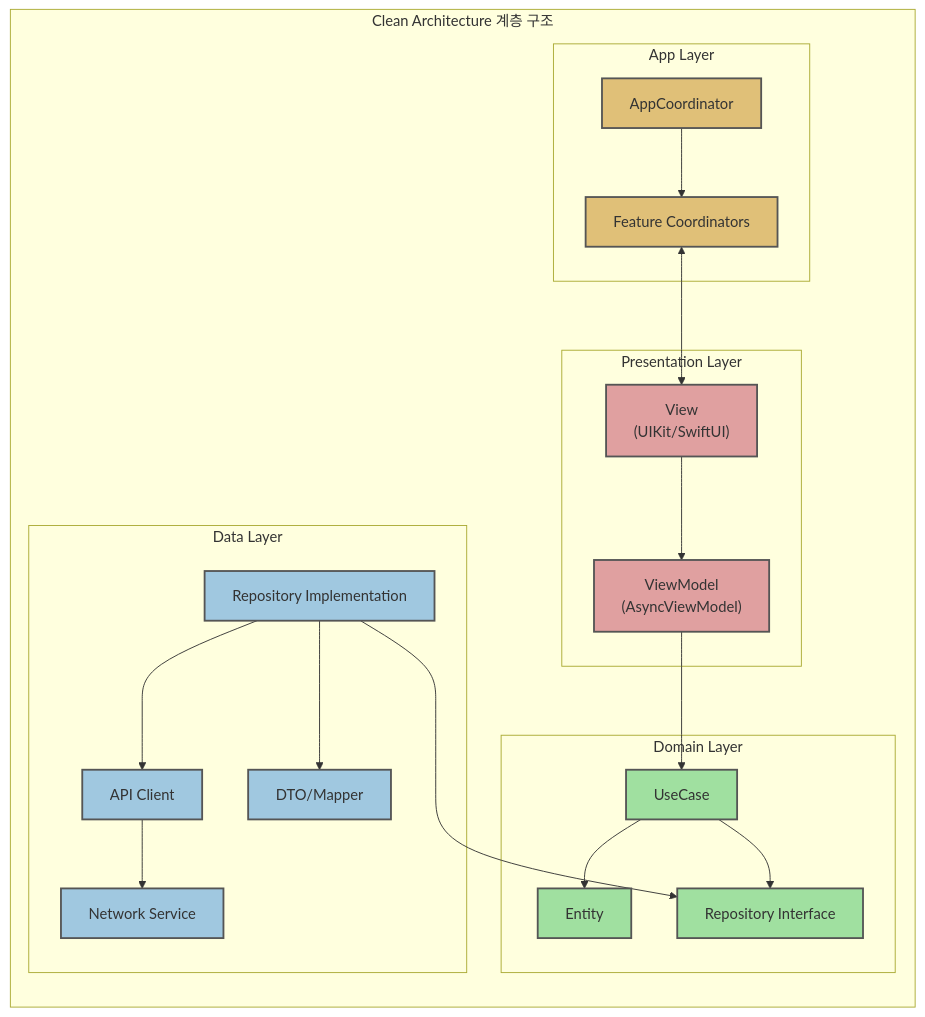
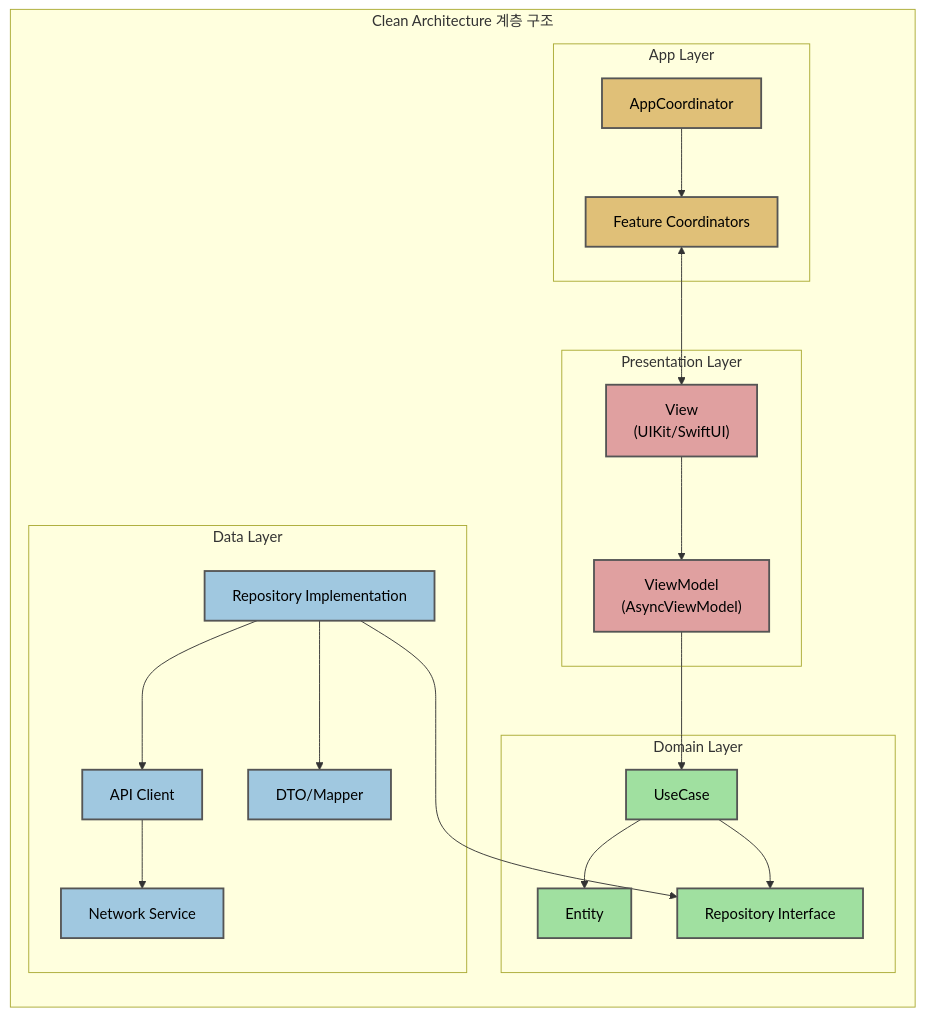
The second of 4 diagrams in README.md (Jimmy-Jung/TossBankClone), drawn with Mermaid before and after one commit. The commit also changed other lines of this file, not shown here.

````diff
--- a/README.md
+++ b/README.md
@@ -74,53 +74,53 @@
 ```mermaid
 flowchart LR
     subgraph "Clean Architecture 계층 구조"
         subgraph App["App Layer"]
             A1["AppCoordinator"]
             A2["Feature Coordinators"]
             
             A1 --> A2
         end
         
         subgraph Presentation["Presentation Layer"]
             P1["View<br>(UIKit/SwiftUI)"]
             P2["ViewModel<br>(AsyncViewModel)"]
             
             P1 --> P2
         end
         
         subgraph Domain["Domain Layer"]
             D1["UseCase"]
             D2["Entity"]
             D3["Repository Interface"]
             
             D1 --> D2
             D1 --> D3
         end
         
         subgraph Data["Data Layer"]
             DA1["Repository Implementation"]
             DA2["API Client"]
             DA3["DTO/Mapper"]
             
             DA1 --> DA2
             DA1 --> DA3
             DA2 --> NS["Network Service"]
         end
         
         %% 핵심 의존성 관계만 표시
         A2 <--> P1
         P2 --> D1
         DA1 --> D3
     end
     
     %% 스타일링
-    classDef app fill:#e0c078,stroke:#555,stroke-width:2px
-    classDef presentation fill:#e0a0a0,stroke:#555,stroke-width:2px
-    classDef domain fill:#a0e0a0,stroke:#555,stroke-width:2px
-    classDef data fill:#a0c8e0,stroke:#555,stroke-width:2px
+    classDef app fill:#e0c078,stroke:#555,stroke-width:2px,color:#000000
+    classDef presentation fill:#e0a0a0,stroke:#555,stroke-width:2px,color:#000000
+    classDef domain fill:#a0e0a0,stroke:#555,stroke-width:2px,color:#000000
+    classDef data fill:#a0c8e0,stroke:#555,stroke-width:2px,color:#000000
     
     class A1,A2 app
     class P1,P2 presentation
     class D1,D2,D3 domain
     class DA1,DA2,DA3,NS data
 ```
````
